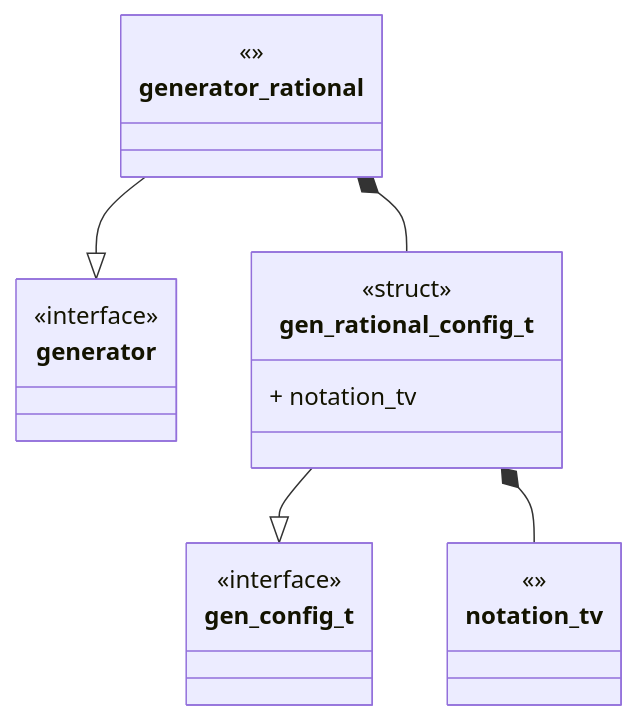
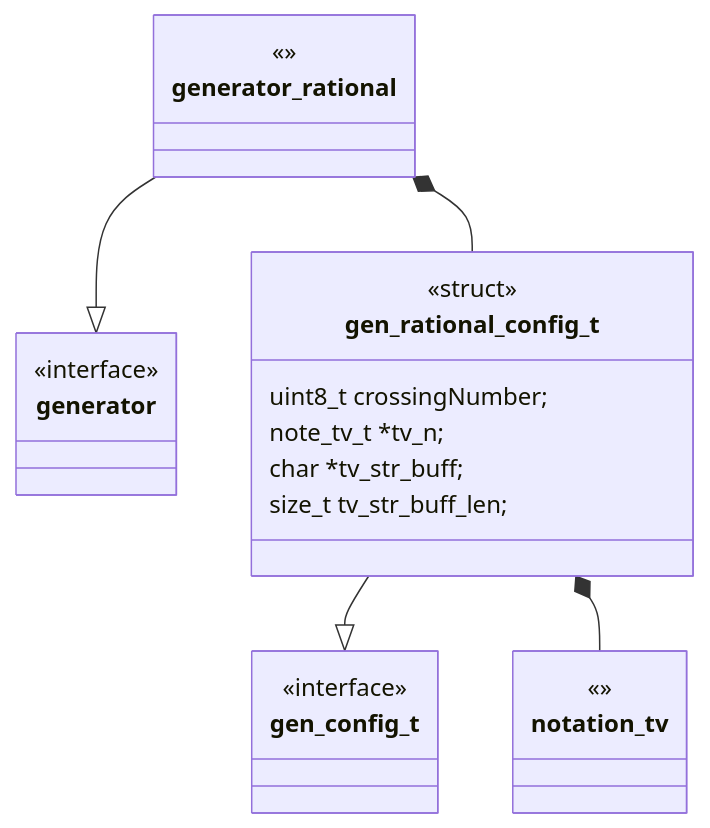
The first of 3 diagrams in source/gen-rational/unit-description.md (Uiowa-Applied-Topology/tanglenomicon_core_libraries), drawn with Mermaid before and after one commit. The commit also changed other lines of this file and 2 other files, not shown here.

````diff
--- a/source/gen-rational/unit-description.md
+++ b/source/gen-rational/unit-description.md
@@ -3,30 +5,33 @@
 ```mermaid
 classDiagram
     generator_rational --|> generator
     gen_rational_config_t --|> gen_config_t
     gen_rational_config_t *-- notation_tv
     generator_rational *-- gen_rational_config_t
 
     class generator {
         <<interface>>
     }
 
     class generator_rational {
 <<>>
 }
 
 class gen_rational_config_t {
 <<struct>>
-+ notation_tv
+uint8_t crossingNumber;
+note_tv_t *tv_n;
+char *tv_str_buff;
+size_t tv_str_buff_len;
 }
 
 class gen_config_t {
 <<interface>>
 
 }
 
 class notation_tv{
 <<>>
 }
 
 ```
````
